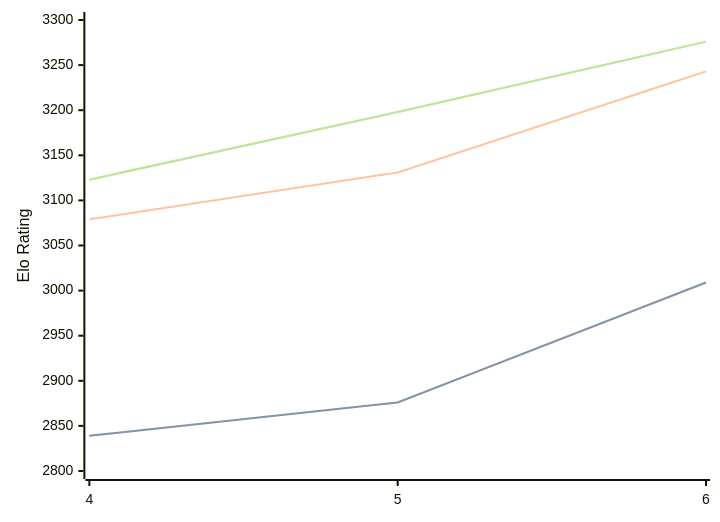
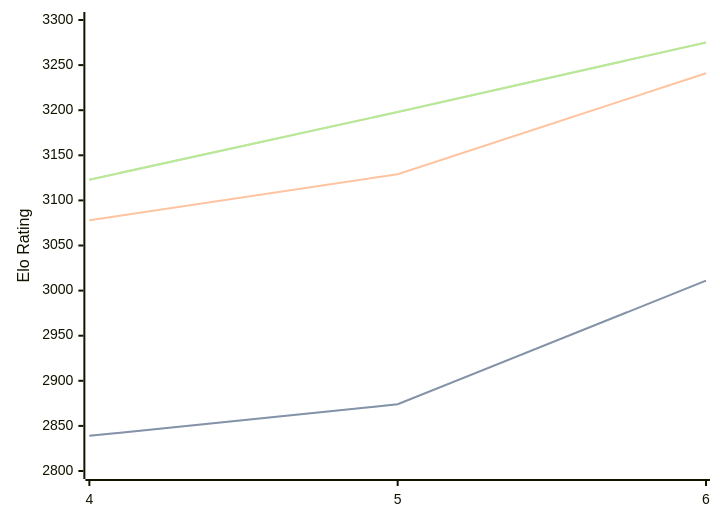
Before and after one commit to computer-chess-index/cci: the first of 3 diagrams in engines/Cwtch.md, drawn with Mermaid. The commit also changed other lines of this file, not shown here.

Commit message:
Update CCI Ratings (ELO VLTC) - 2026-07-15

````diff
--- a/engines/Cwtch.md
+++ b/engines/Cwtch.md
@@ -36,11 +36,11 @@
 ```mermaid
 %%{init: {"theme":"base","themeVariables":{"seriesColors:['#a3a3a3','#222221','#faa371']}}}%%
 xychart-beta
   x-axis ["4", "5", "6"]
   y-axis "Elo Rating" 2800 --> 3300
-  line "STC (8.0+0.08s)" [2839, 2876, 3009]
-  line "STC (8.0+0.08s)" [2839, 2876, 3009]
-  line "LTC (60.0+0.60s)" [3079, 3131, 3243]
-  line "VLTC (2m24s+1.12s)" [3123, 3198, 3276]
-  line "VLTC (2m24s+1.12s)" [3123, 3198, 3276]
+  line "STC (8.0+0.08s)" [2839, 2874, 3011]
+  line "STC (8.0+0.08s)" [2839, 2874, 3011]
+  line "LTC (60.0+0.60s)" [3078, 3129, 3241]
+  line "VLTC (2m24s+1.12s)" [3123, 3198, 3275]
+  line "VLTC (2m24s+1.12s)" [3123, 3198, 3275]
 ```
````
